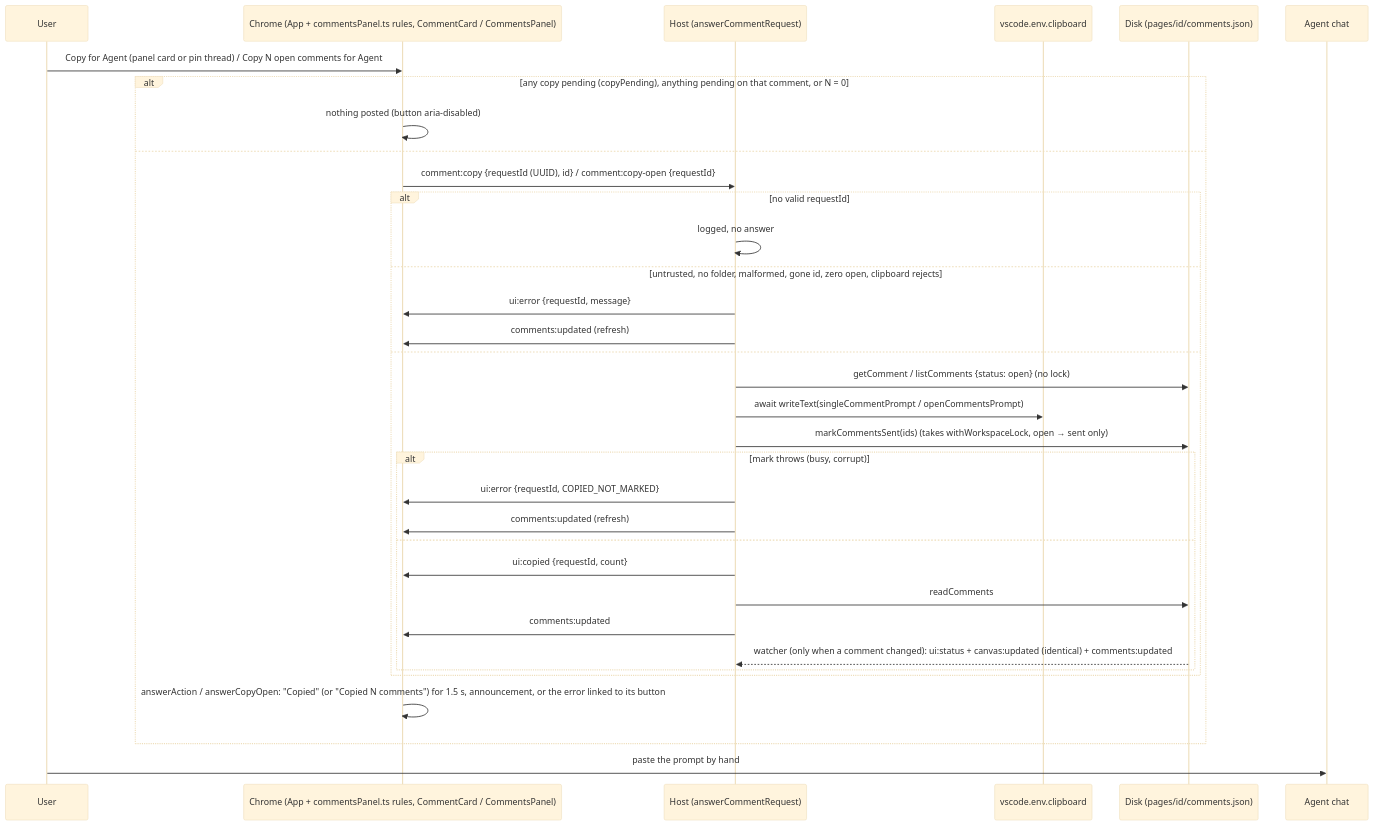
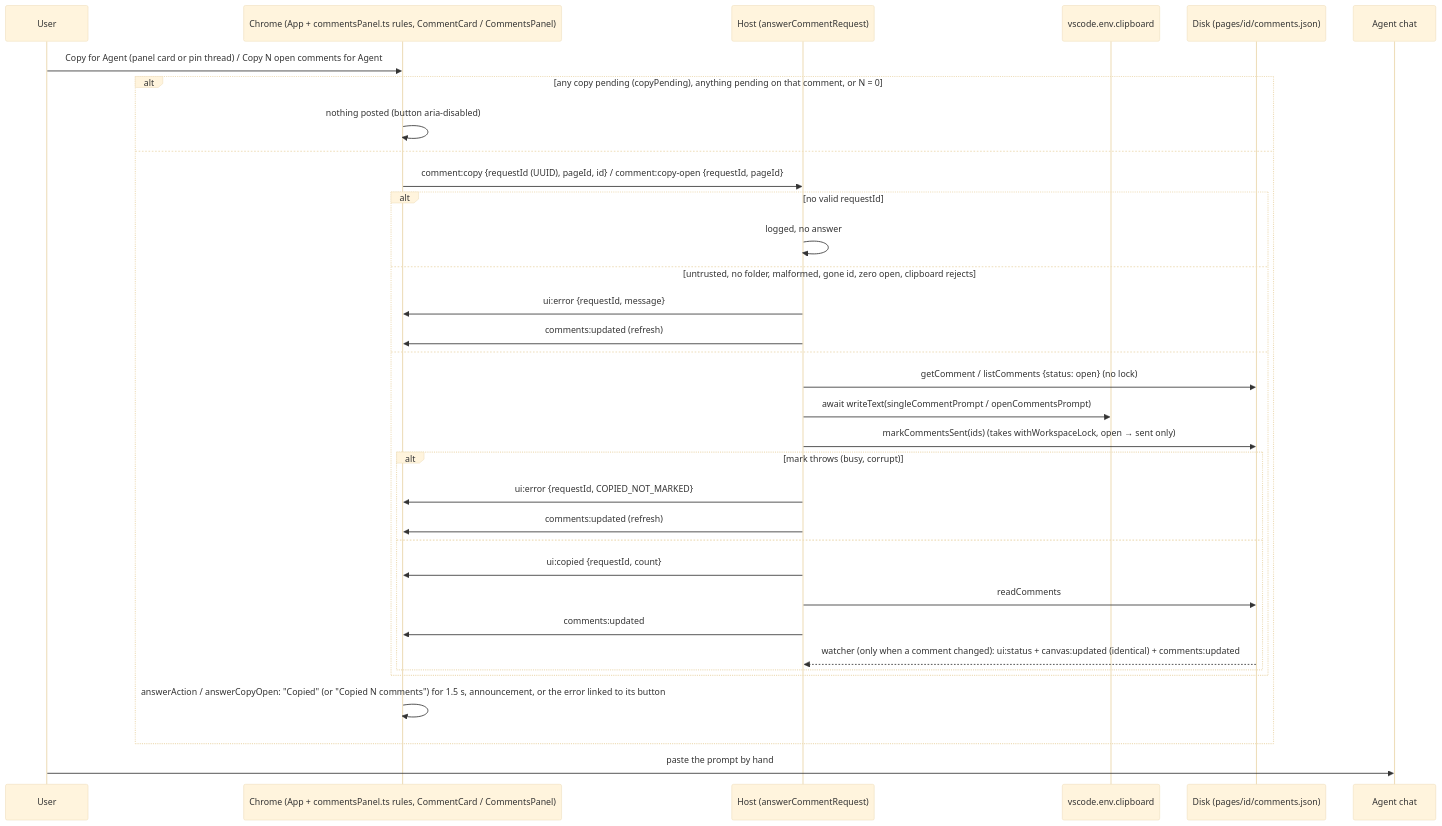
Before and after one commit to MarekBombera/cursor-design-extension: diagram 15 of 16 in blueprint/context/system-map.md, drawn with Mermaid (base theme). The commit also changed other lines of this file and 60 other files, not shown here.

````diff
--- a/blueprint/context/system-map.md
+++ b/blueprint/context/system-map.md
@@ -823,36 +891,36 @@
 ```mermaid
 sequenceDiagram
   participant U as User
   participant C as Chrome (App + commentsPanel.ts rules, CommentCard / CommentsPanel)
   participant H as Host (answerCommentRequest)
   participant CB as vscode.env.clipboard
   participant D as Disk (pages/id/comments.json)
   participant A as Agent chat
   U->>C: Copy for Agent (panel card or pin thread) / Copy N open comments for Agent
   alt any copy pending (copyPending), anything pending on that comment, or N = 0
     C->>C: nothing posted (button aria-disabled)
   else
-    C->>H: comment:copy {requestId (UUID), id} / comment:copy-open {requestId}
+    C->>H: comment:copy {requestId (UUID), pageId, id} / comment:copy-open {requestId, pageId}
     alt no valid requestId
       H->>H: logged, no answer
     else untrusted, no folder, malformed, gone id, zero open, clipboard rejects
       H->>C: ui:error {requestId, message}
       H->>C: comments:updated (refresh)
     else
       H->>D: getComment / listComments {status: open} (no lock)
       H->>CB: await writeText(singleCommentPrompt / openCommentsPrompt)
       H->>D: markCommentsSent(ids) (takes withWorkspaceLock, open → sent only)
       alt mark throws (busy, corrupt)
         H->>C: ui:error {requestId, COPIED_NOT_MARKED}
         H->>C: comments:updated (refresh)
       else
         H->>C: ui:copied {requestId, count}
         H->>D: readComments
         H->>C: comments:updated
         D-->>H: watcher (only when a comment changed): ui:status + canvas:updated (identical) + comments:updated
       end
     end
     C->>C: answerAction / answerCopyOpen: "Copied" (or "Copied N comments") for 1.5 s, announcement, or the error linked to its button
   end
   U->>A: paste the prompt by hand
 ```
````
